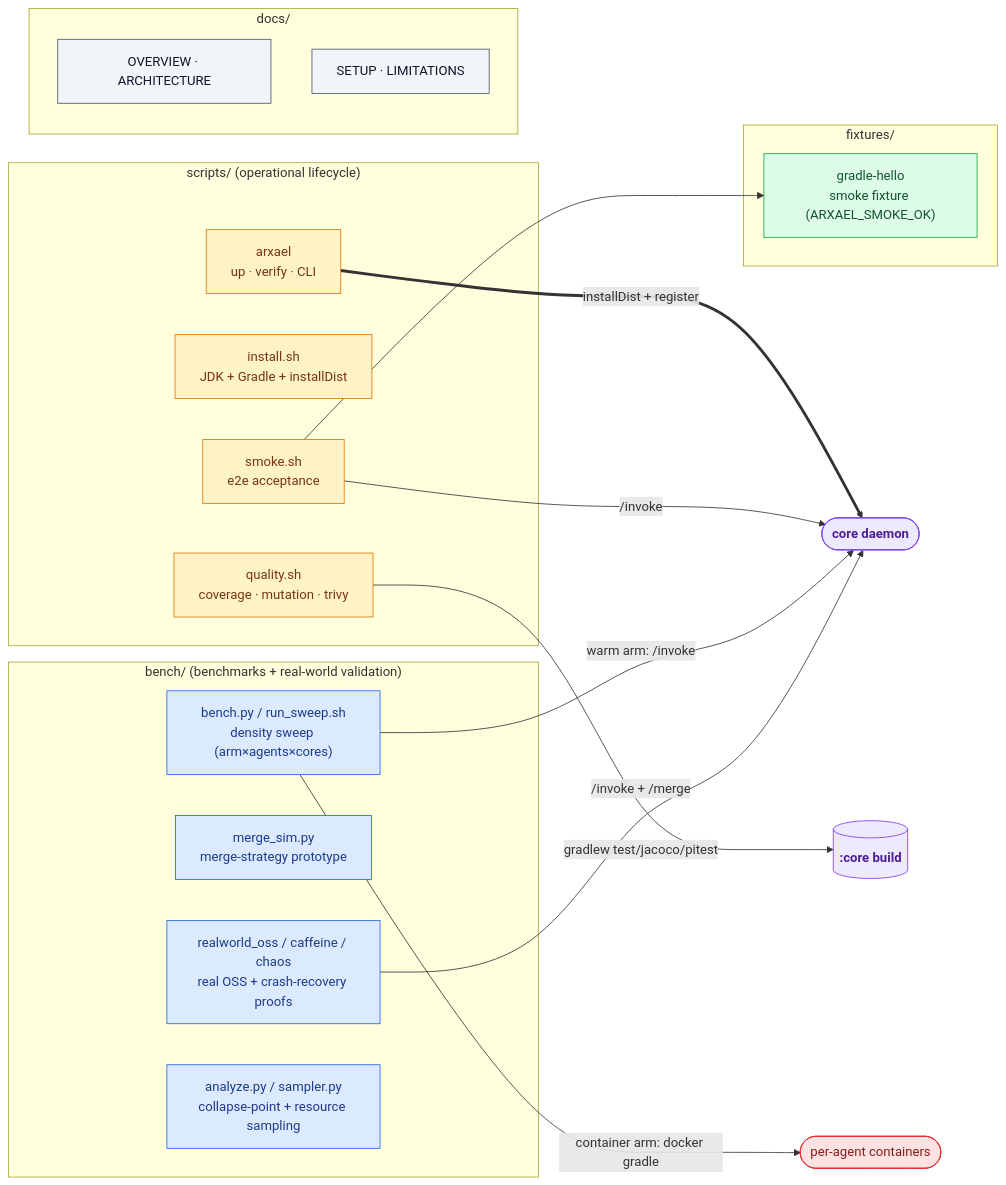
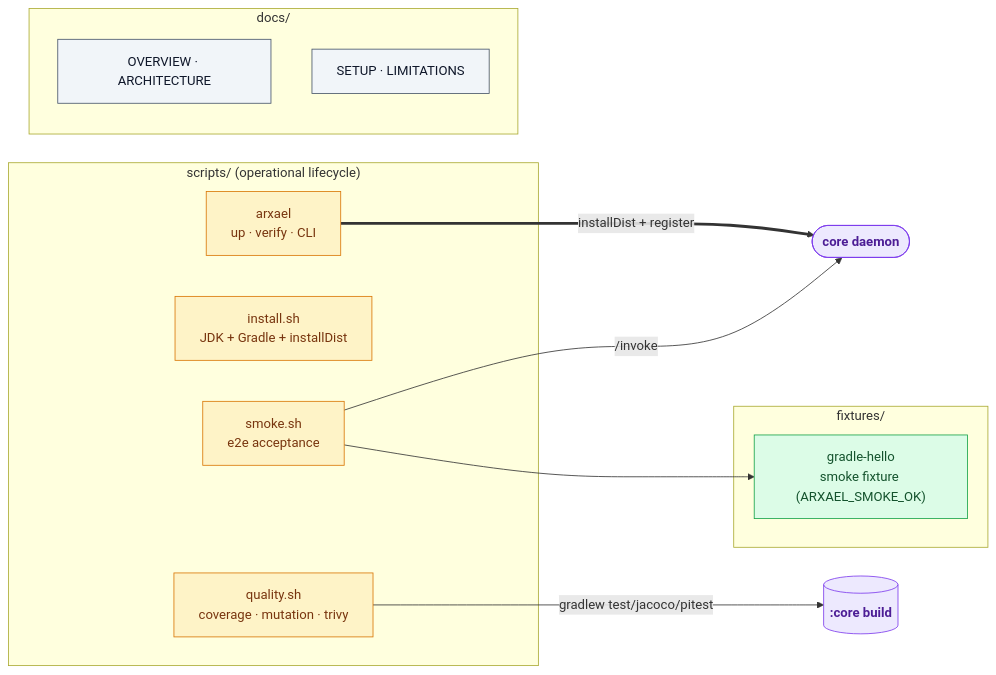
One commit to alexanderpaquette-byte/arxael changed the seventh of 9 diagrams in docs/OVERVIEW.md. Above: the diagram before and after it, drawn with Mermaid. The commit also changed other lines of this file and 31 other files, not shown here.

````diff
--- a/docs/OVERVIEW.md
+++ b/docs/OVERVIEW.md
@@ -186,40 +190,28 @@
 ```mermaid
 flowchart LR
     subgraph scripts["scripts/  (operational lifecycle)"]
         arxael["arxael<br/>up · verify · CLI"]:::script
         install["install.sh<br/>JDK + Gradle + installDist"]:::script
         smoke["smoke.sh<br/>e2e acceptance"]:::script
         quality["quality.sh<br/>coverage · mutation · trivy"]:::script
-    end
-
-    subgraph bench["bench/  (benchmarks + real-world validation)"]
-        benchpy["bench.py / run_sweep.sh<br/>density sweep (arm×agents×cores)"]:::bench
-        mergesim["merge_sim.py<br/>merge-strategy prototype"]:::bench
-        realworld["realworld_oss / caffeine / chaos<br/>real OSS + crash-recovery proofs"]:::bench
-        analyze["analyze.py / sampler.py<br/>collapse-point + resource sampling"]:::bench
     end
 
     subgraph fixtures["fixtures/"]
         hello["gradle-hello<br/>smoke fixture (ARXAEL_SMOKE_OK)"]:::fixture
     end
 
     subgraph docs["docs/"]
         d1["OVERVIEW · ARCHITECTURE"]:::cfg
         d2["SETUP · LIMITATIONS"]:::cfg
     end
 
     arxael ==>|installDist + register| daemon([core daemon]):::service
     smoke -->|/invoke| daemon
     smoke --> hello
     quality -->|gradlew test/jacoco/pitest| repo[(:core build)]:::service
-    benchpy -->|warm arm: /invoke| daemon
-    benchpy -->|container arm: docker gradle| ctr([per-agent containers]):::bad
-    realworld -->|/invoke + /merge| daemon
 
     classDef script fill:#fef3c7,stroke:#d97706,color:#78350f
-    classDef bench fill:#dbeafe,stroke:#2563eb,color:#1e3a8a
     classDef fixture fill:#dcfce7,stroke:#16a34a,color:#14532d
     classDef cfg fill:#f1f5f9,stroke:#475569,color:#0f172a
     classDef service fill:#ede9fe,stroke:#7c3aed,color:#4c1d95,font-weight:bold
-    classDef bad fill:#fee2e2,stroke:#dc2626,color:#7f1d1d
 ```
````
